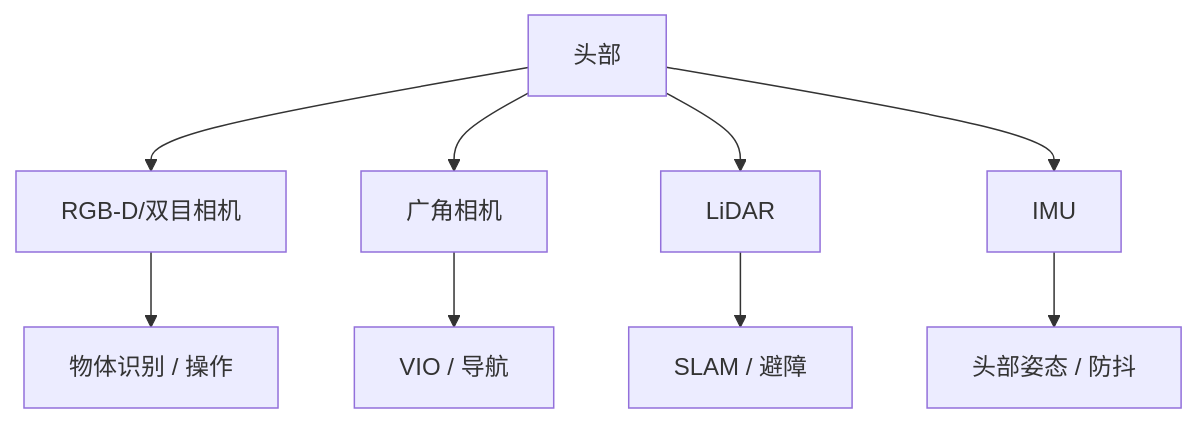
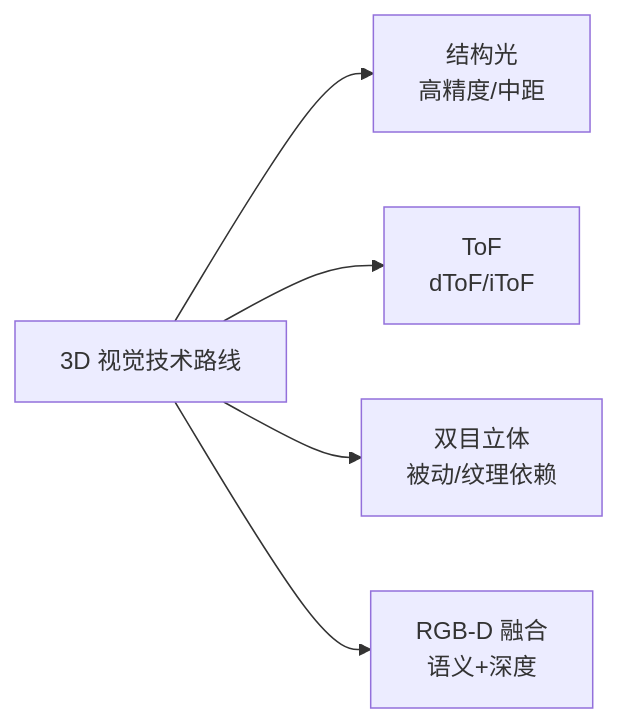
Before and after one commit to YansongW/awesome-humanoid-robot: the diagram in research/components/ent_component_rgbd_camera.md, drawn with Mermaid. The commit also changed other lines of this file and 240 other files, not shown here.

````diff
--- a/research/components/ent_component_rgbd_camera.md
+++ b/research/components/ent_component_rgbd_camera.md
@@ -59,11 +55,7 @@
 ```mermaid
-flowchart TD
-    A["头部"] --> B["RGB-D/双目相机"]
-    A --> C["广角相机"]
-    A --> D["LiDAR"]
-    A --> E["IMU"]
-    B --> F["物体识别 / 操作"]
-    C --> G["VIO / 导航"]
-    D --> H["SLAM / 避障"]
-    E --> I["头部姿态 / 防抖"]
+flowchart LR
+    A["3D 视觉技术路线"] --> B["结构光<br/>高精度/中距"]
+    A --> C["ToF<br/>dToF/iToF"]
+    A --> D["双目立体<br/>被动/纹理依赖"]
+    A --> E["RGB-D 融合<br/>语义+深度"]
 ```
````
